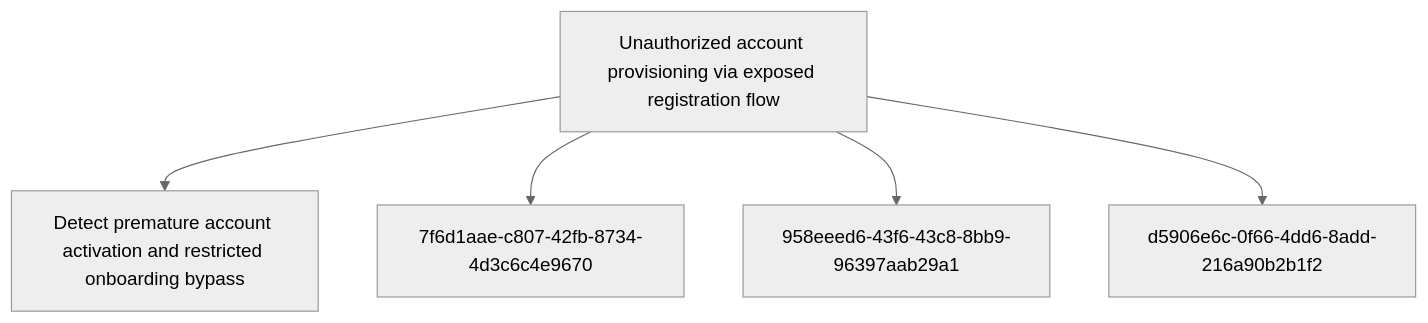
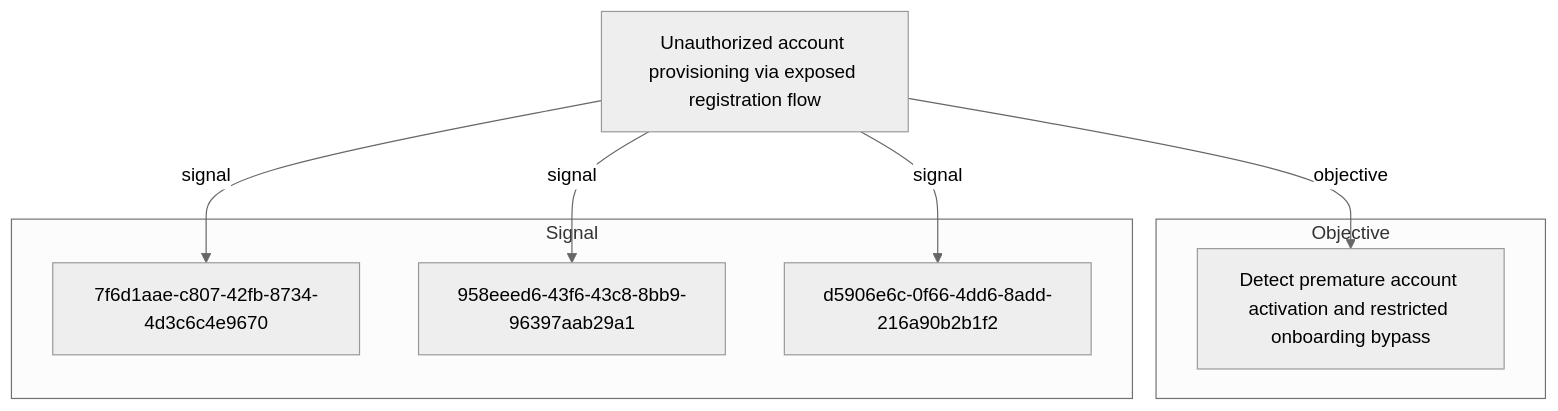
Before and after one commit to opentidehq/library: the second of 2 diagrams in docs/threats/unauthorized-account-provisioning-via-exposed-registration-flow.md, drawn with Mermaid (neutral theme). The commit also changed other lines of this file and 277 other files, not shown here.

````diff
--- a/docs/threats/unauthorized-account-provisioning-via-exposed-registration-flow.md
+++ b/docs/threats/unauthorized-account-provisioning-via-exposed-registration-flow.md
@@ -46,12 +93,16 @@
 ```mermaid
 flowchart TB
-3d7dada6_5f9d_4f67_952e_faa2ab794fde["Unauthorized account provisioning via exposed registration flow"]
+subgraph "Objective"
 3a73c153_abd7_40cd_86a5_4d57a42b9a44["Detect premature account activation and restricted onboarding bypass"]
+end
+subgraph "Signal"
 7f6d1aae_c807_42fb_8734_4d3c6c4e9670["7f6d1aae-c807-42fb-8734-4d3c6c4e9670"]
 958eeed6_43f6_43c8_8bb9_96397aab29a1["958eeed6-43f6-43c8-8bb9-96397aab29a1"]
 d5906e6c_0f66_4dd6_8add_216a90b2b1f2["d5906e6c-0f66-4dd6-8add-216a90b2b1f2"]
-3d7dada6_5f9d_4f67_952e_faa2ab794fde --> 3a73c153_abd7_40cd_86a5_4d57a42b9a44
-3d7dada6_5f9d_4f67_952e_faa2ab794fde --> 7f6d1aae_c807_42fb_8734_4d3c6c4e9670
-3d7dada6_5f9d_4f67_952e_faa2ab794fde --> 958eeed6_43f6_43c8_8bb9_96397aab29a1
-3d7dada6_5f9d_4f67_952e_faa2ab794fde --> d5906e6c_0f66_4dd6_8add_216a90b2b1f2
+end
+3d7dada6_5f9d_4f67_952e_faa2ab794fde["Unauthorized account provisioning via exposed registration flow"]
+3d7dada6_5f9d_4f67_952e_faa2ab794fde -->|objective| 3a73c153_abd7_40cd_86a5_4d57a42b9a44
+3d7dada6_5f9d_4f67_952e_faa2ab794fde -->|signal| 7f6d1aae_c807_42fb_8734_4d3c6c4e9670
+3d7dada6_5f9d_4f67_952e_faa2ab794fde -->|signal| 958eeed6_43f6_43c8_8bb9_96397aab29a1
+3d7dada6_5f9d_4f67_952e_faa2ab794fde -->|signal| d5906e6c_0f66_4dd6_8add_216a90b2b1f2
 ```
````
